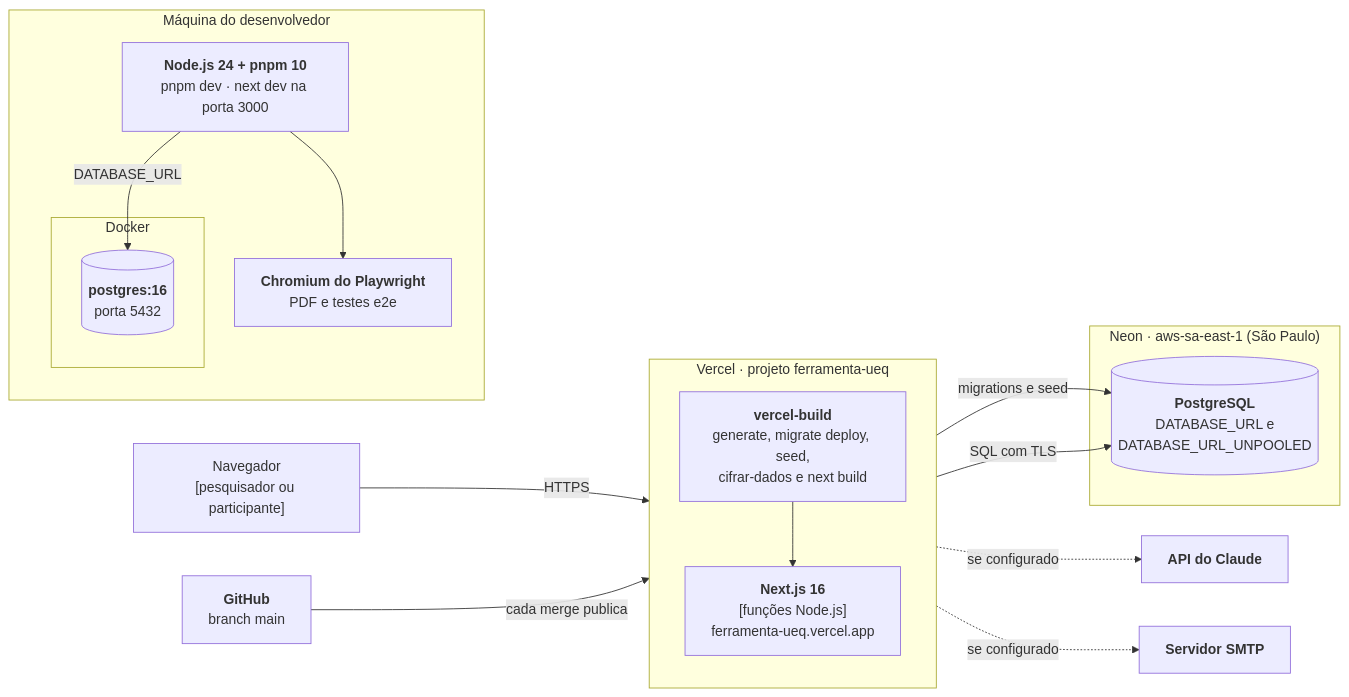
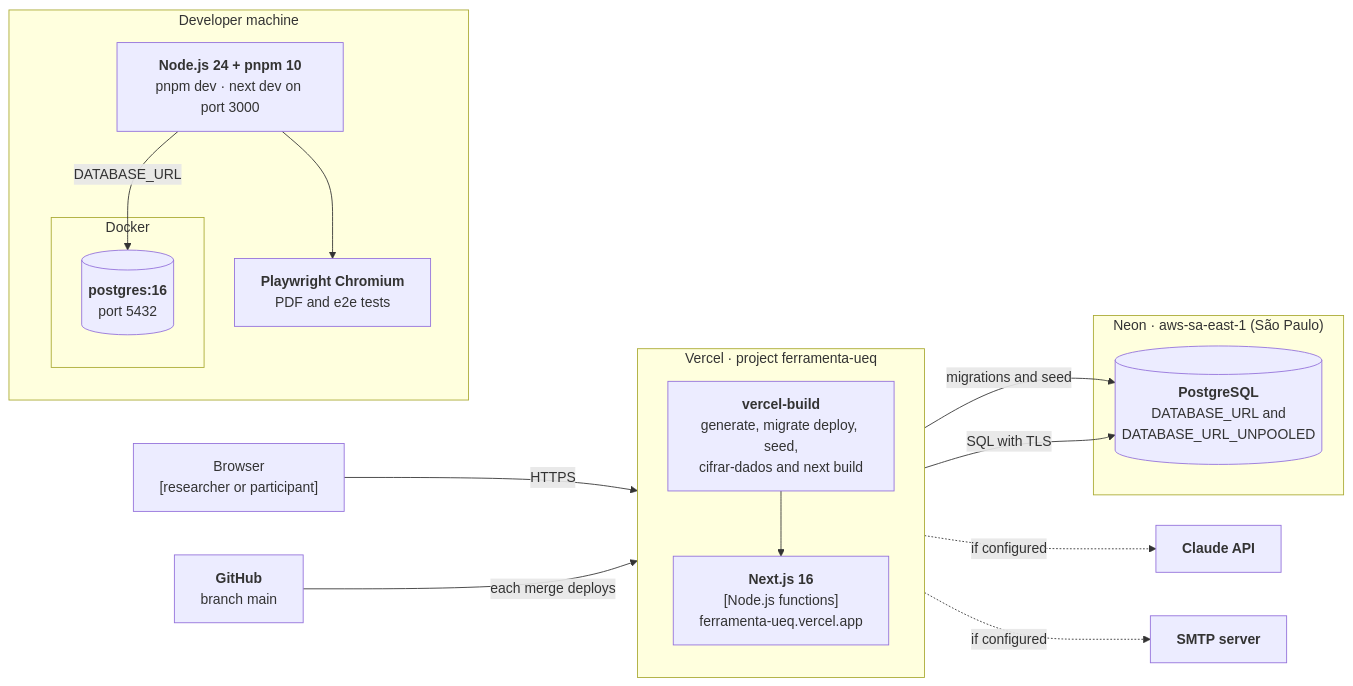
One commit to gabrielfjm/ueq_form_ihc changed the fourth of 4 diagrams in docs/documentacao/arquitetura.md. Above: the diagram before and after it, drawn with Mermaid. The commit also changed other lines of this file and 151 other files, not shown here.

First line of the commit message:
mostra a documentação no idioma da interface, com os diagramas em inglês

````diff
--- a/docs/documentacao/arquitetura.md
+++ b/docs/documentacao/arquitetura.md
@@ -263,37 +263,37 @@
 ```mermaid
 flowchart LR
-    navegador["Navegador<br/>[pesquisador ou participante]"]
+    navegador["Browser<br/>[researcher or participant]"]
 
-    subgraph vercel["Vercel · projeto ferramenta-ueq"]
+    subgraph vercel["Vercel · project ferramenta-ueq"]
         direction TB
-        funcoes["<b>Next.js 16</b><br/>[funções Node.js]<br/>ferramenta-ueq.vercel.app"]
-        build["<b>vercel-build</b><br/>generate, migrate deploy, seed,<br/>cifrar-dados e next build"]
+        funcoes["<b>Next.js 16</b><br/>[Node.js functions]<br/>ferramenta-ueq.vercel.app"]
+        build["<b>vercel-build</b><br/>generate, migrate deploy, seed,<br/>cifrar-dados and next build"]
     end
 
     subgraph neon["Neon · aws-sa-east-1 (São Paulo)"]
-        pgprod[("<b>PostgreSQL</b><br/>DATABASE_URL e<br/>DATABASE_URL_UNPOOLED")]
+        pgprod[("<b>PostgreSQL</b><br/>DATABASE_URL and<br/>DATABASE_URL_UNPOOLED")]
     end
 
     github["<b>GitHub</b><br/>branch main"]
-    claudeapi["<b>API do Claude</b>"]
-    smtpserv["<b>Servidor SMTP</b>"]
+    claudeapi["<b>Claude API</b>"]
+    smtpserv["<b>SMTP server</b>"]
 
-    subgraph maquina["Máquina do desenvolvedor"]
+    subgraph maquina["Developer machine"]
         direction TB
-        node["<b>Node.js 24 + pnpm 10</b><br/>pnpm dev · next dev na porta 3000"]
-        chromium["<b>Chromium do Playwright</b><br/>PDF e testes e2e"]
+        node["<b>Node.js 24 + pnpm 10</b><br/>pnpm dev · next dev on port 3000"]
+        chromium["<b>Playwright Chromium</b><br/>PDF and e2e tests"]
         subgraph docker["Docker"]
-            pg[("<b>postgres:16</b><br/>porta 5432")]
+            pg[("<b>postgres:16</b><br/>port 5432")]
         end
     end
 
     navegador -- "HTTPS" --> funcoes
-    github -- "cada merge publica" --> build
-    build -- "migrations e seed" --> pgprod
+    github -- "each merge deploys" --> build
+    build -- "migrations and seed" --> pgprod
     build --> funcoes
-    funcoes -- "SQL com TLS" --> pgprod
-    funcoes -. "se configurado" .-> claudeapi
-    funcoes -. "se configurado" .-> smtpserv
+    funcoes -- "SQL with TLS" --> pgprod
+    funcoes -. "if configured" .-> claudeapi
+    funcoes -. "if configured" .-> smtpserv
     node -- "DATABASE_URL" --> pg
     node --> chromium
 ```
````
